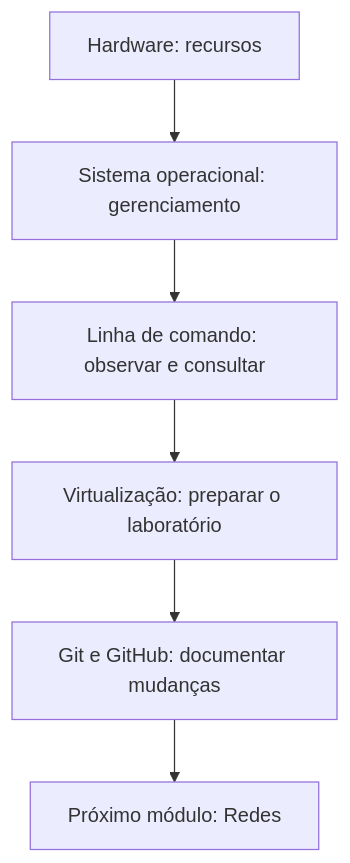
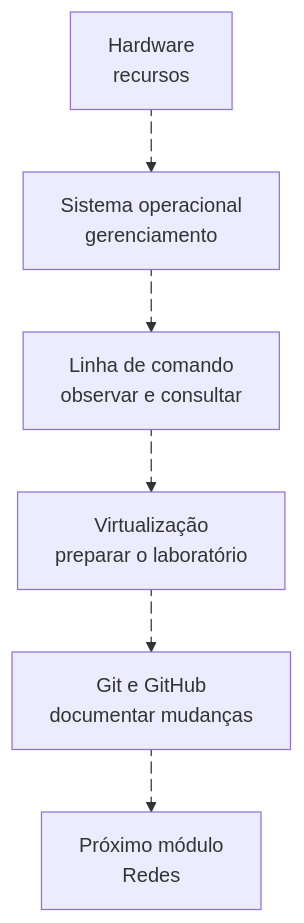
Before and after one commit to meloalan/Caminho-das-Pedras-CyberSecurity: the first of 3 diagrams in 01-Fundamentos/README.md, drawn with Mermaid. The commit also changed other lines of this file, not shown here.

````diff
--- a/01-Fundamentos/README.md
+++ b/01-Fundamentos/README.md
@@ -29,8 +29,14 @@
 ```mermaid
 flowchart TD
-    A[Hardware: recursos] --> B[Sistema operacional: gerenciamento]
-    B --> C[Linha de comando: observar e consultar]
-    C --> D[Virtualização: preparar o laboratório]
-    D --> E[Git e GitHub: documentar mudanças]
-    E --> F[Próximo módulo: Redes]
+    A["Hardware<br/>recursos"] e1@--> B["Sistema operacional<br/>gerenciamento"]
+    B e2@--> C["Linha de comando<br/>observar e consultar"]
+    C e3@--> D["Virtualização<br/>preparar o laboratório"]
+    D e4@--> E["Git e GitHub<br/>documentar mudanças"]
+    E e5@--> F["Próximo módulo<br/>Redes"]
+
+    e1@{ animation: fast }
+    e2@{ animation: fast }
+    e3@{ animation: fast }
+    e4@{ animation: fast }
+    e5@{ animation: fast }
 ```
````
